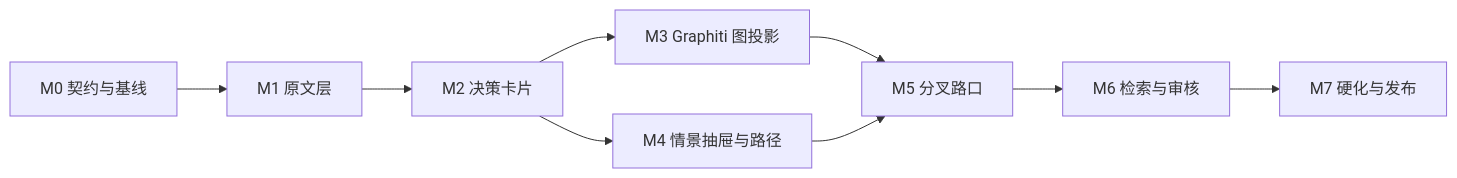
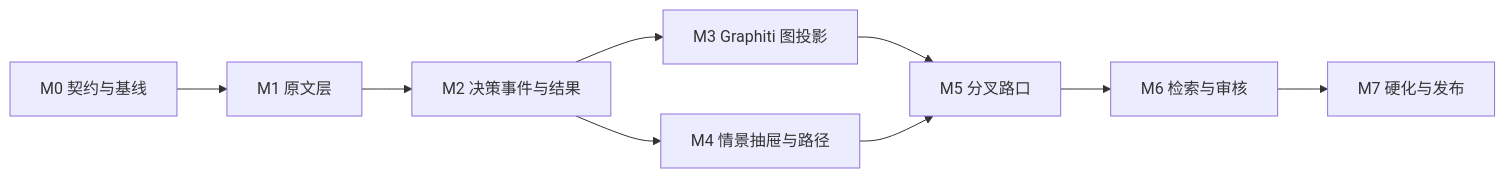
Before and after one commit to zly2006/zhihu-hackathon: the second of 2 diagrams in PLAN.md, drawn with Mermaid. The commit also changed other lines of this file and 12 other files, not shown here.

````diff
--- a/PLAN.md
+++ b/PLAN.md
@@ -131,11 +136,11 @@
 ```mermaid
 flowchart LR
     M0[M0 契约与基线] --> M1[M1 原文层]
-    M1 --> M2[M2 决策卡片]
+    M1 --> M2[M2 决策事件与结果]
     M2 --> M3[M3 Graphiti 图投影]
     M2 --> M4[M4 情景抽屉与路径]
     M3 --> M5[M5 分叉路口]
     M4 --> M5
     M5 --> M6[M6 检索与审核]
     M6 --> M7[M7 硬化与发布]
 ```
````
